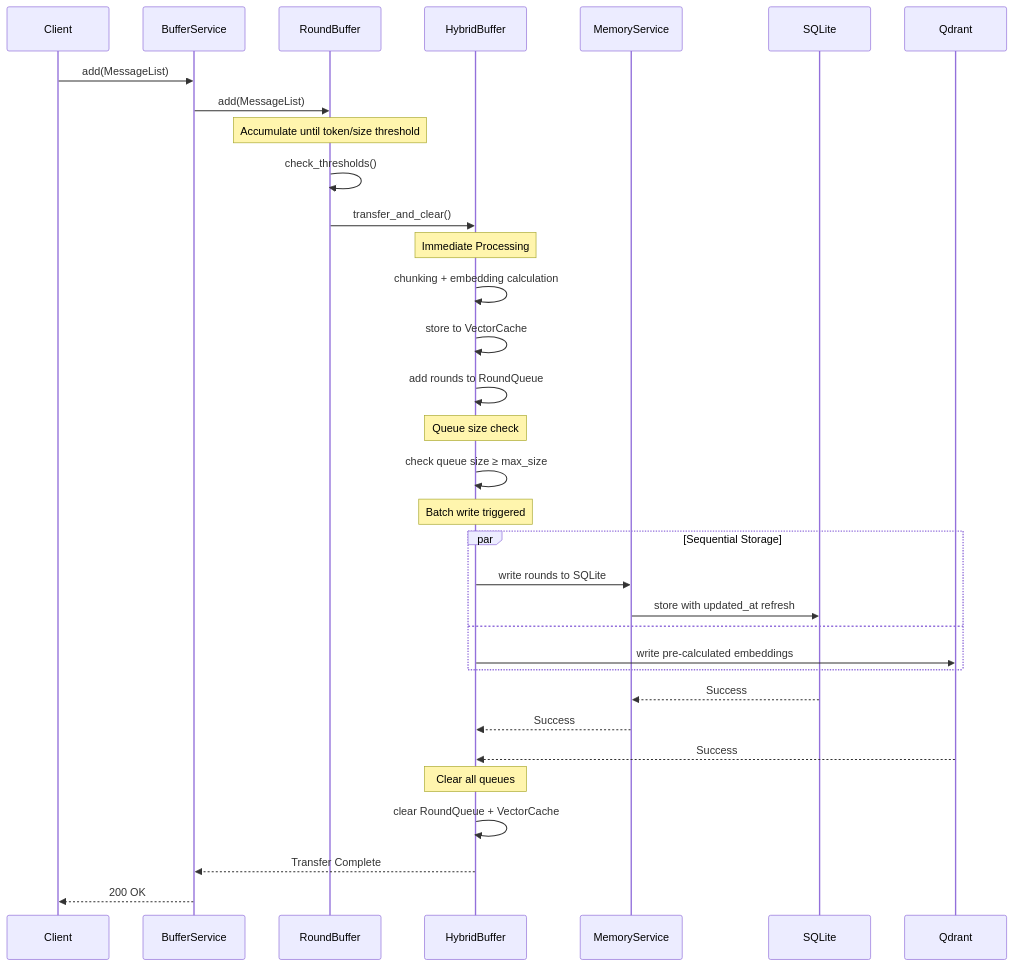
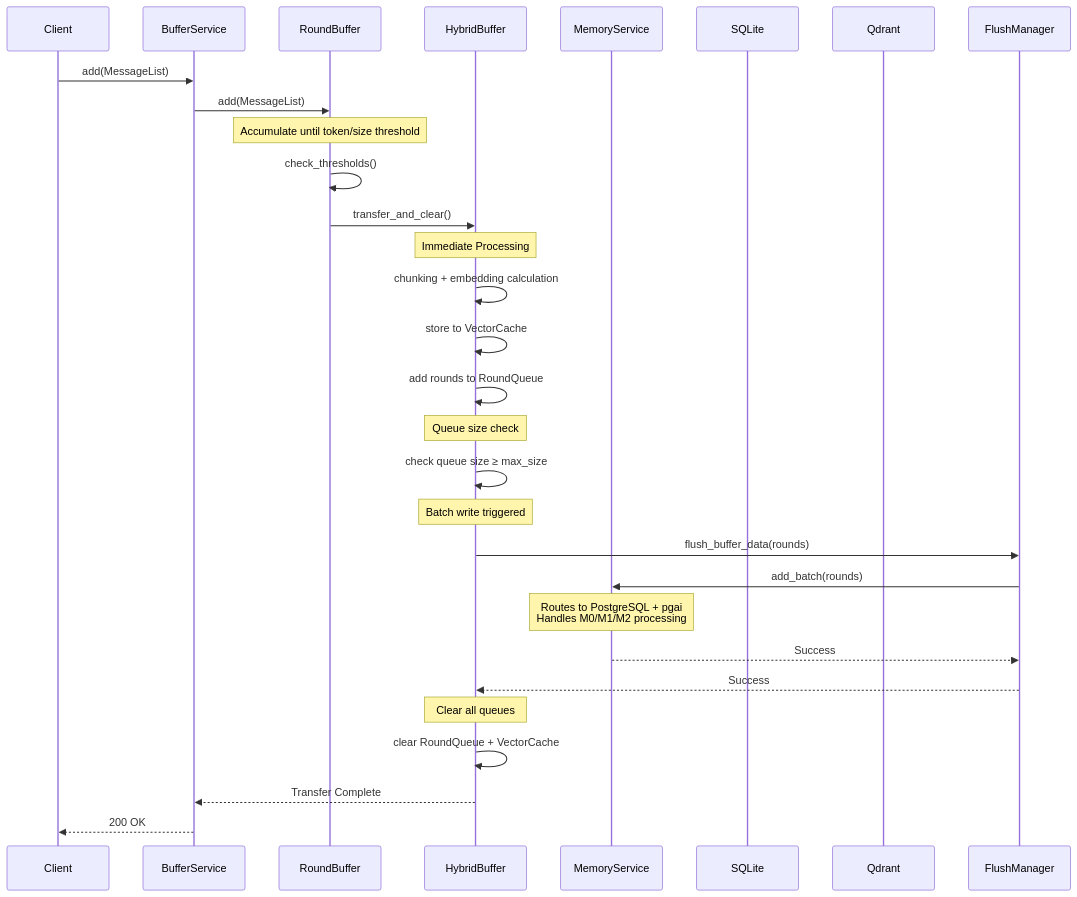
One commit to memfuse/memfuse changed diagram 17 of 25 in docs/architecture/buffer.md. Above: the diagram before and after it, drawn with Mermaid. The commit also changed other lines of this file and 13 other files, not shown here.

First line of the commit message:
refactor(buffer): implement comprehensive architecture refactoring with abstraction layers

````diff
--- a/docs/architecture/buffer.md
+++ b/docs/architecture/buffer.md
@@ -750,44 +820,39 @@
 ```mermaid
 sequenceDiagram
     participant Client
     participant BufferService
     participant RoundBuffer
     participant HybridBuffer
     participant MemoryService
     participant SQLite
     participant Qdrant
 
     Client->>BufferService: add(MessageList)
     BufferService->>RoundBuffer: add(MessageList)
 
     Note over RoundBuffer: Accumulate until token/size threshold
 
     RoundBuffer->>RoundBuffer: check_thresholds()
     RoundBuffer->>HybridBuffer: transfer_and_clear()
 
     Note over HybridBuffer: Immediate Processing
     HybridBuffer->>HybridBuffer: chunking + embedding calculation
     HybridBuffer->>HybridBuffer: store to VectorCache
     HybridBuffer->>HybridBuffer: add rounds to RoundQueue
 
     Note over HybridBuffer: Queue size check
     HybridBuffer->>HybridBuffer: check queue size ≥ max_size
 
     Note over HybridBuffer: Batch write triggered
-    par Sequential Storage
-        HybridBuffer->>MemoryService: write rounds to SQLite
-        MemoryService->>SQLite: store with updated_at refresh
-    and
-        HybridBuffer->>Qdrant: write pre-calculated embeddings
-    end
-
-    SQLite-->>MemoryService: Success
-    MemoryService-->>HybridBuffer: Success
-    Qdrant-->>HybridBuffer: Success
+    HybridBuffer->>FlushManager: flush_buffer_data(rounds)
+    FlushManager->>MemoryService: add_batch(rounds)
+    Note over MemoryService: Routes to PostgreSQL + pgai<br/>Handles M0/M1/M2 processing
+    MemoryService-->>FlushManager: Success
+    FlushManager-->>HybridBuffer: Success
 
     Note over HybridBuffer: Clear all queues
     HybridBuffer->>HybridBuffer: clear RoundQueue + VectorCache
 
     HybridBuffer-->>BufferService: Transfer Complete
     BufferService-->>Client: 200 OK
 ```
````
